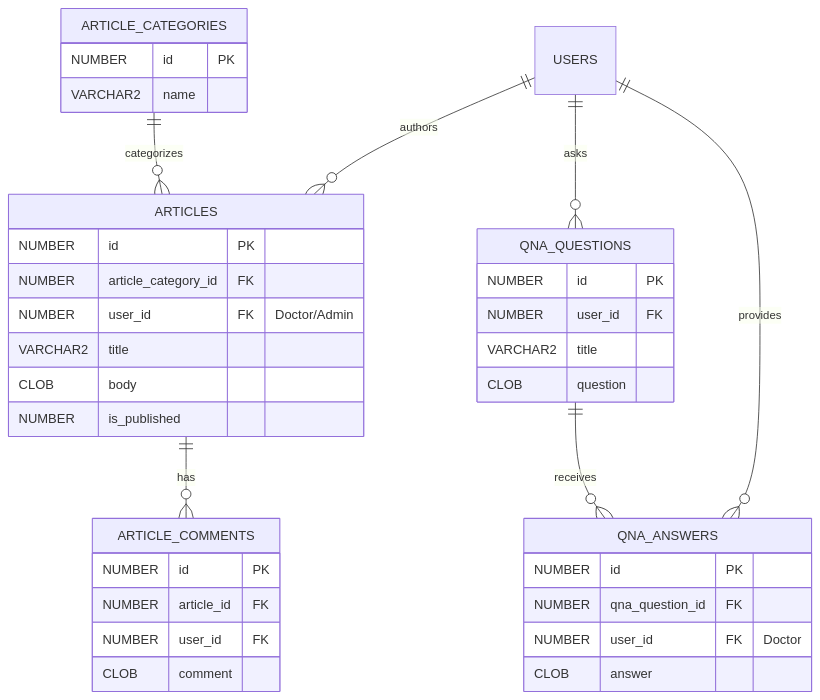
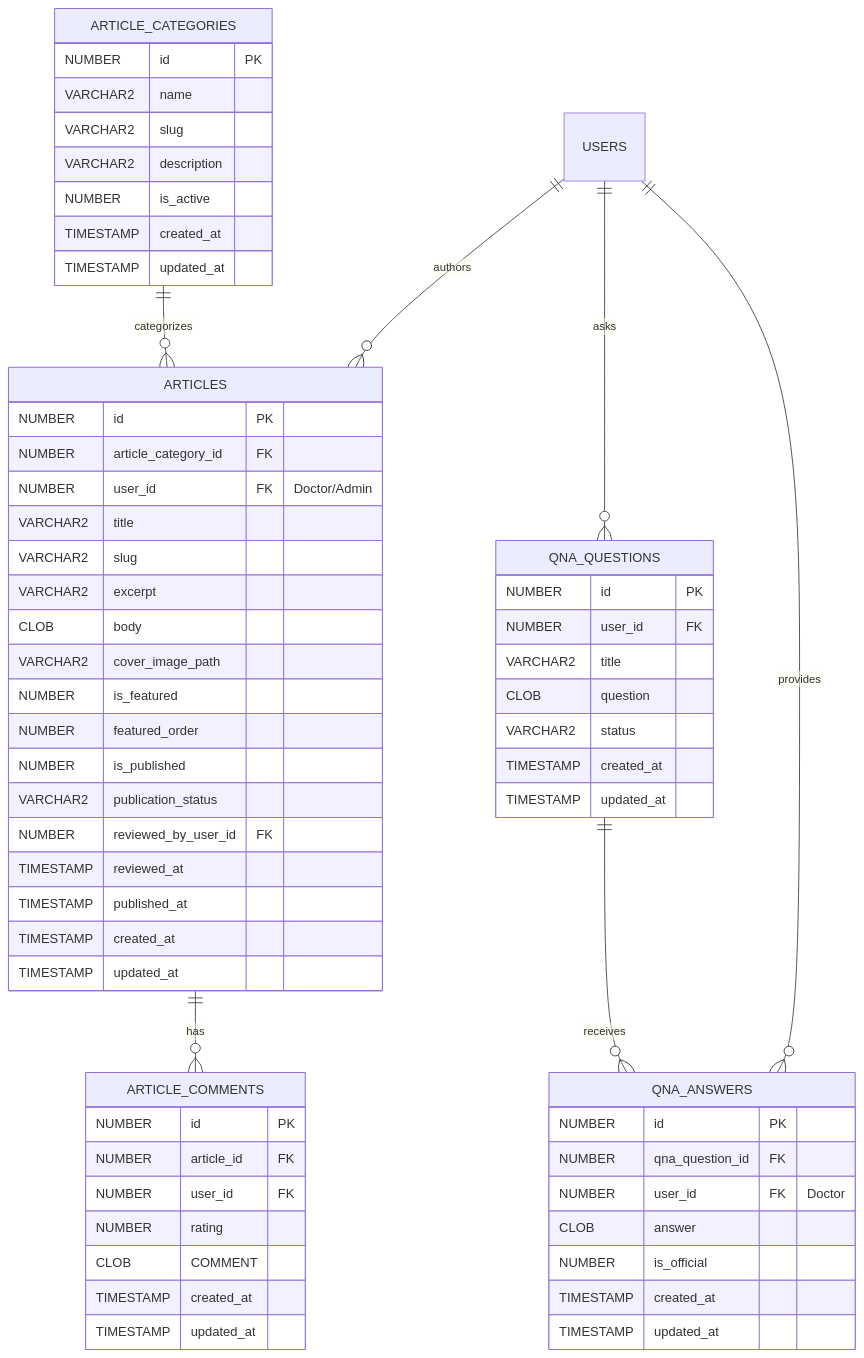
One commit to AbirHasanArko/hellomed-db-legacy changed the fourth of 5 diagrams in ER_DIAGRAMS.md. Above: the diagram before and after it, drawn with Mermaid. The commit also changed other lines of this file, not shown here.

Commit message:
Update ER diagrams with full 1:1 column mapping from Oracle schema

````diff
--- a/ER_DIAGRAMS.md
+++ b/ER_DIAGRAMS.md
@@ -165,40 +299,65 @@
 ```mermaid
 erDiagram
     ARTICLE_CATEGORIES {
         NUMBER id PK
         VARCHAR2 name
+        VARCHAR2 slug
+        VARCHAR2 description
+        NUMBER is_active
+        TIMESTAMP created_at
+        TIMESTAMP updated_at
     }
     ARTICLES {
         NUMBER id PK
         NUMBER article_category_id FK
         NUMBER user_id FK "Doctor/Admin"
         VARCHAR2 title
+        VARCHAR2 slug
+        VARCHAR2 excerpt
         CLOB body
+        VARCHAR2 cover_image_path
+        NUMBER is_featured
+        NUMBER featured_order
         NUMBER is_published
+        VARCHAR2 publication_status
+        NUMBER reviewed_by_user_id FK
+        TIMESTAMP reviewed_at
+        TIMESTAMP published_at
+        TIMESTAMP created_at
+        TIMESTAMP updated_at
     }
     ARTICLE_COMMENTS {
         NUMBER id PK
         NUMBER article_id FK
         NUMBER user_id FK
-        CLOB comment
+        NUMBER rating
+        CLOB COMMENT
+        TIMESTAMP created_at
+        TIMESTAMP updated_at
     }
     QNA_QUESTIONS {
         NUMBER id PK
         NUMBER user_id FK
         VARCHAR2 title
         CLOB question
+        VARCHAR2 status
+        TIMESTAMP created_at
+        TIMESTAMP updated_at
     }
     QNA_ANSWERS {
         NUMBER id PK
         NUMBER qna_question_id FK
         NUMBER user_id FK "Doctor"
         CLOB answer
+        NUMBER is_official
+        TIMESTAMP created_at
+        TIMESTAMP updated_at
     }
 
     ARTICLE_CATEGORIES ||--o{ ARTICLES : "categorizes"
     USERS ||--o{ ARTICLES : "authors"
     ARTICLES ||--o{ ARTICLE_COMMENTS : "has"
     USERS ||--o{ QNA_QUESTIONS : "asks"
     QNA_QUESTIONS ||--o{ QNA_ANSWERS : "receives"
     USERS ||--o{ QNA_ANSWERS : "provides"
 ```
````
